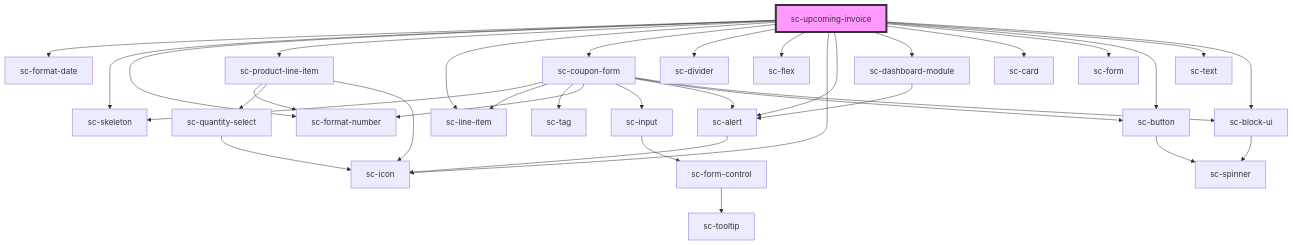
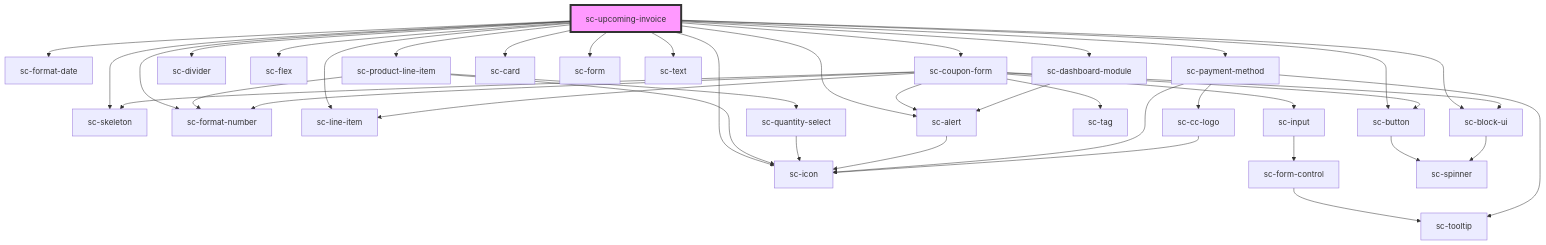
The diagram in packages/components/src/components/controllers/dashboard/upcoming-invoice/readme.md (surecart/surecart-wp-plugin), drawn with Mermaid before and after one commit. The commit also changed other lines of this file and 68 other files, not shown here.

````diff
--- a/packages/components/src/components/controllers/dashboard/upcoming-invoice/readme.md
+++ b/packages/components/src/components/controllers/dashboard/upcoming-invoice/readme.md
@@ -45,38 +46,43 @@
 ```mermaid
 graph TD;
   sc-upcoming-invoice --> sc-format-date
   sc-upcoming-invoice --> sc-skeleton
   sc-upcoming-invoice --> sc-format-number
   sc-upcoming-invoice --> sc-product-line-item
   sc-upcoming-invoice --> sc-line-item
   sc-upcoming-invoice --> sc-coupon-form
   sc-upcoming-invoice --> sc-divider
   sc-upcoming-invoice --> sc-flex
+  sc-upcoming-invoice --> sc-payment-method
   sc-upcoming-invoice --> sc-icon
   sc-upcoming-invoice --> sc-alert
   sc-upcoming-invoice --> sc-dashboard-module
   sc-upcoming-invoice --> sc-card
   sc-upcoming-invoice --> sc-form
   sc-upcoming-invoice --> sc-button
   sc-upcoming-invoice --> sc-text
   sc-upcoming-invoice --> sc-block-ui
   sc-product-line-item --> sc-format-number
   sc-product-line-item --> sc-quantity-select
   sc-product-line-item --> sc-icon
   sc-quantity-select --> sc-icon
   sc-coupon-form --> sc-skeleton
   sc-coupon-form --> sc-line-item
   sc-coupon-form --> sc-tag
   sc-coupon-form --> sc-format-number
   sc-coupon-form --> sc-input
   sc-coupon-form --> sc-alert
   sc-coupon-form --> sc-button
   sc-coupon-form --> sc-block-ui
   sc-input --> sc-form-control
   sc-form-control --> sc-tooltip
   sc-alert --> sc-icon
   sc-button --> sc-spinner
   sc-block-ui --> sc-spinner
+  sc-payment-method --> sc-cc-logo
+  sc-payment-method --> sc-tooltip
+  sc-payment-method --> sc-icon
+  sc-cc-logo --> sc-icon
   sc-dashboard-module --> sc-alert
   style sc-upcoming-invoice fill:#f9f,stroke:#333,stroke-width:4px
 ```
````
